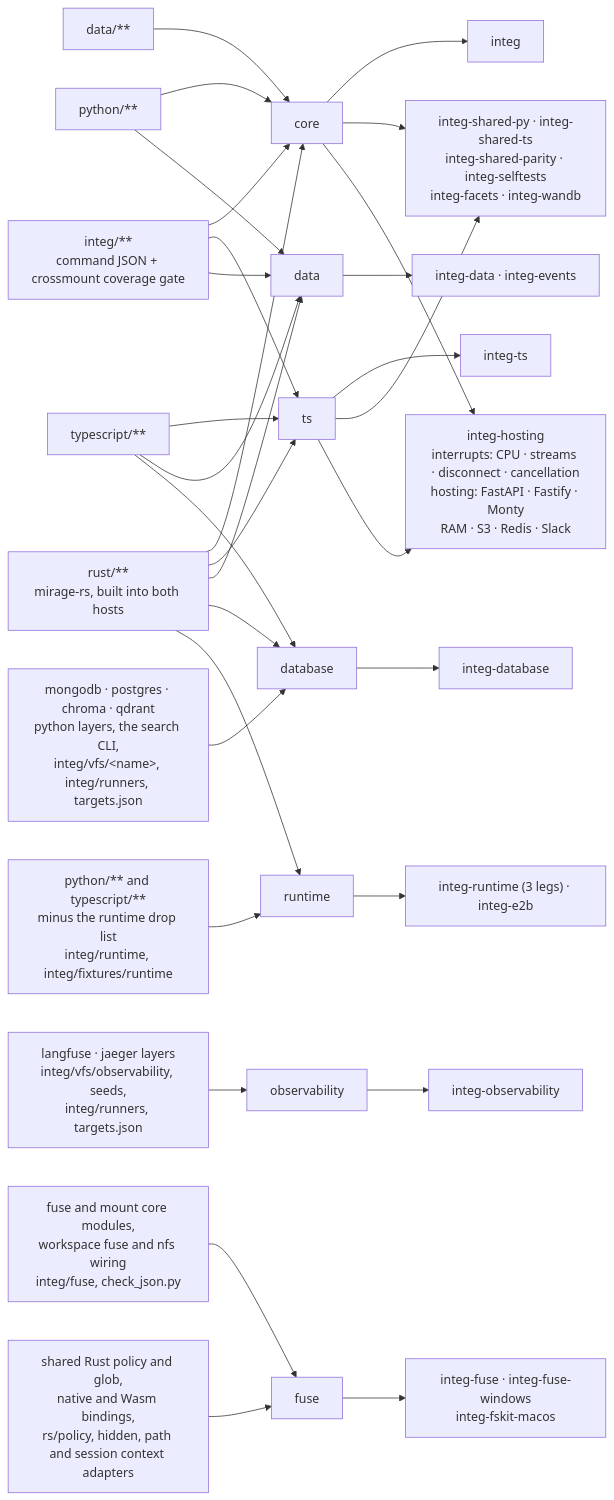
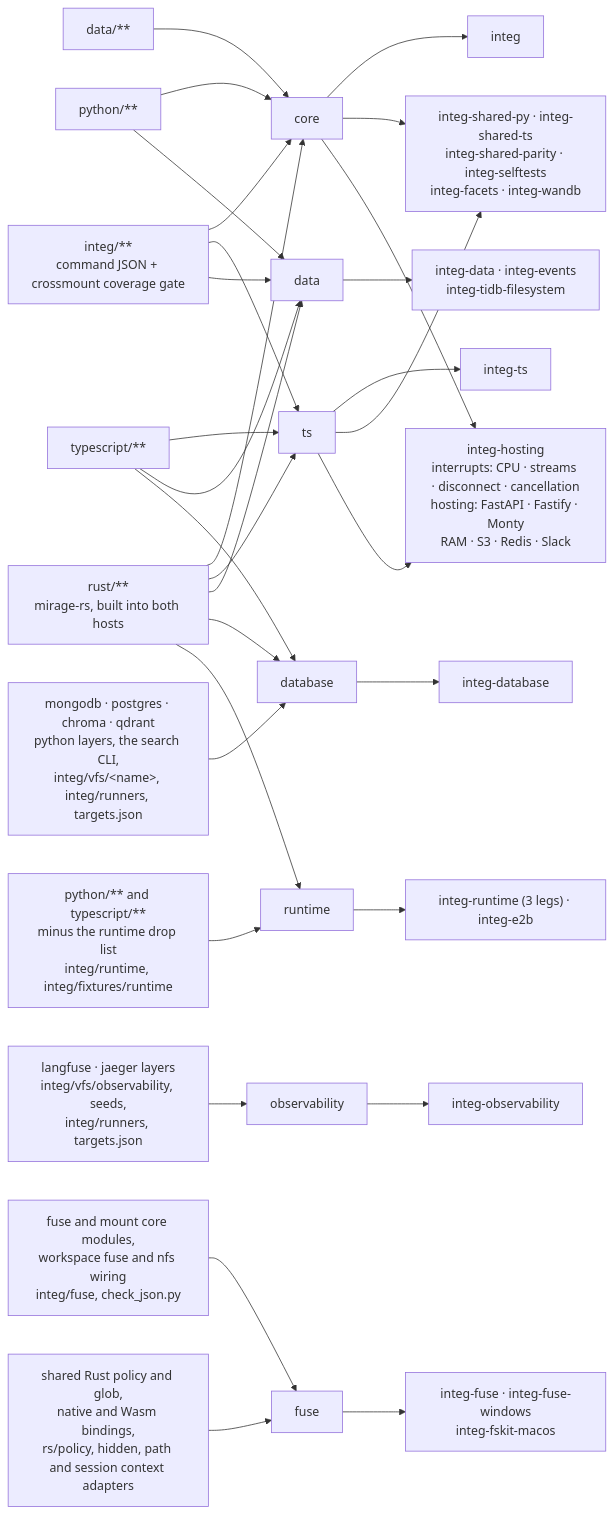
One commit to strukto-ai/mirage changed the diagram in integ/README.md. Above: the diagram before and after it, drawn with Mermaid. The commit also changed 1230 other files, not shown here.

First line of the commit message:
feat(vfs): add tidb_filesystem mount for TiDB Cloud Filesystem

````diff
--- a/integ/README.md
+++ b/integ/README.md
@@ -236,22 +236,22 @@
 ```mermaid
 flowchart LR
     PY["python/**"] --> core & data
     TSX["typescript/**"] --> ts & data & database
     IN["integ/**<br/>command JSON + crossmount coverage gate"] --> core & ts & data
     D["data/**"] --> core
     RS["rust/**<br/>mirage-rs, built into both hosts"] --> core & ts & data & database & runtime
     DB["mongodb · postgres · chroma · qdrant<br/>python layers, the search CLI,<br/>integ/vfs/&lt;name&gt;, integ/runners, targets.json"] --> database
     OB["langfuse · jaeger layers<br/>integ/vfs/observability, seeds,<br/>integ/runners, targets.json"] --> observability
     FS["fuse and mount core modules,<br/>workspace fuse and nfs wiring<br/>integ/fuse, check_json.py"] --> fuse
     FP["shared Rust policy and glob,<br/>native and Wasm bindings,<br/>rs/policy, hidden, path and session context adapters"] --> fuse
     RT["python/** and typescript/**<br/>minus the runtime drop list<br/>integ/runtime, integ/fixtures/runtime"] --> runtime
     core --> J1["integ"]
     ts --> J2["integ-ts"]
     core & ts --> J3["integ-shared-py · integ-shared-ts<br/>integ-shared-parity · integ-selftests<br/>integ-facets · integ-wandb"]
     core & ts --> HOST["integ-hosting<br/>interrupts: CPU · streams · disconnect · cancellation<br/>hosting: FastAPI · Fastify · Monty<br/>RAM · S3 · Redis · Slack"]
-    data --> J4["integ-data · integ-events"]
+    data --> J4["integ-data · integ-events<br/>integ-tidb-filesystem"]
     database --> J5["integ-database"]
     observability --> J6["integ-observability"]
     fuse --> J7["integ-fuse · integ-fuse-windows<br/>integ-fskit-macos"]
     runtime --> J8["integ-runtime (3 legs) · integ-e2b"]
 ```
````
